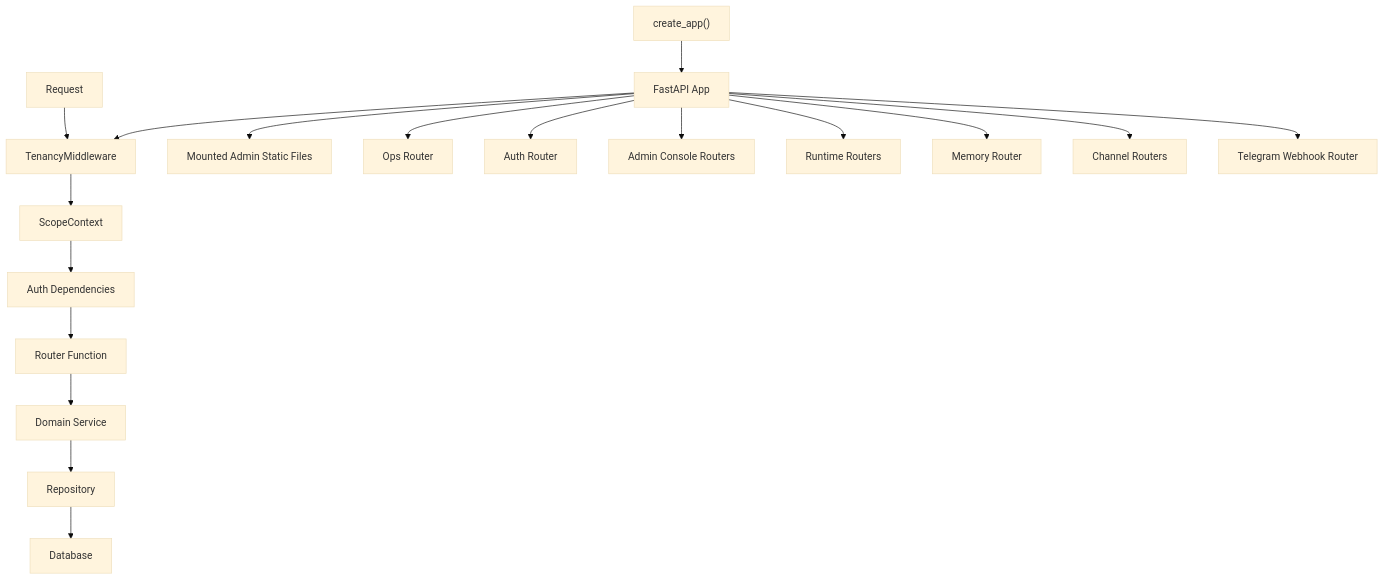
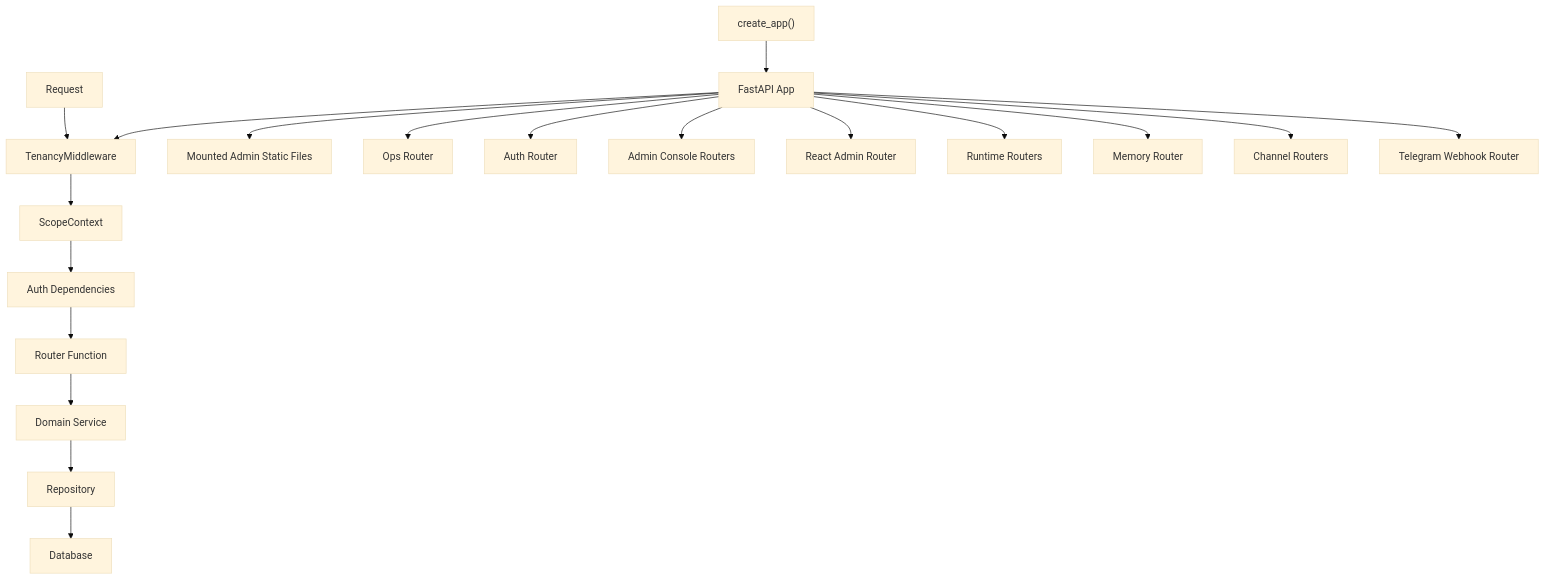
The second of 35 diagrams in system_architecture.md (scott5252/multi-agent), drawn with Mermaid (base theme) before and after one commit. The commit also changed other lines of this file and 97 other files, not shown here.

````diff
--- a/system_architecture.md
+++ b/system_architecture.md
@@ -227,21 +250,22 @@
 ```mermaid
 flowchart TD
     f2n1["create_app()"] --> f2n2["FastAPI App"]
     f2n2["FastAPI App"] --> f2n3["TenancyMiddleware"]
     f2n2["FastAPI App"] --> f2n4["Mounted Admin Static Files"]
     f2n2["FastAPI App"] --> f2n5["Ops Router"]
     f2n2["FastAPI App"] --> f2n6["Auth Router"]
     f2n2["FastAPI App"] --> f2n7["Admin Console Routers"]
+    f2n2["FastAPI App"] --> f2n19["React Admin Router"]
     f2n2["FastAPI App"] --> f2n8["Runtime Routers"]
     f2n2["FastAPI App"] --> f2n9["Memory Router"]
     f2n2["FastAPI App"] --> f2n10["Channel Routers"]
     f2n2["FastAPI App"] --> f2n11["Telegram Webhook Router"]
 
     f2n12["Request"] --> f2n3["TenancyMiddleware"]
     f2n3["TenancyMiddleware"] --> f2n13["ScopeContext"]
     f2n13["ScopeContext"] --> f2n14["Auth Dependencies"]
     f2n14["Auth Dependencies"] --> f2n15["Router Function"]
     f2n15["Router Function"] --> f2n16["Domain Service"]
     f2n16["Domain Service"] --> f2n17["Repository"]
     f2n17["Repository"] --> f2n18["Database"]
 ```
````
